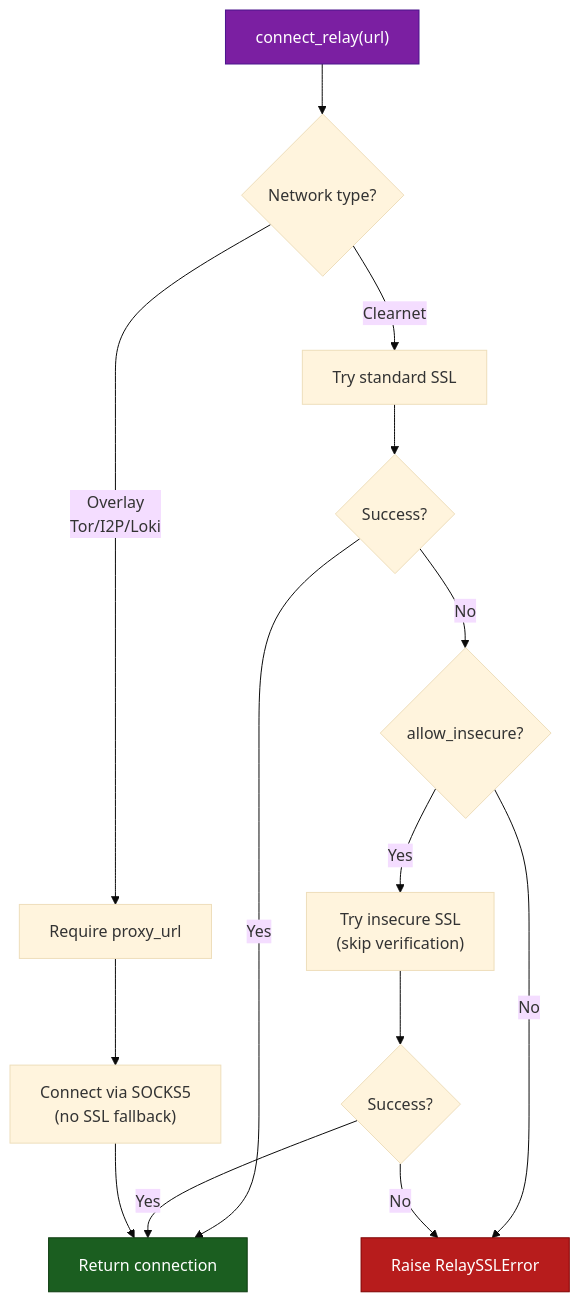
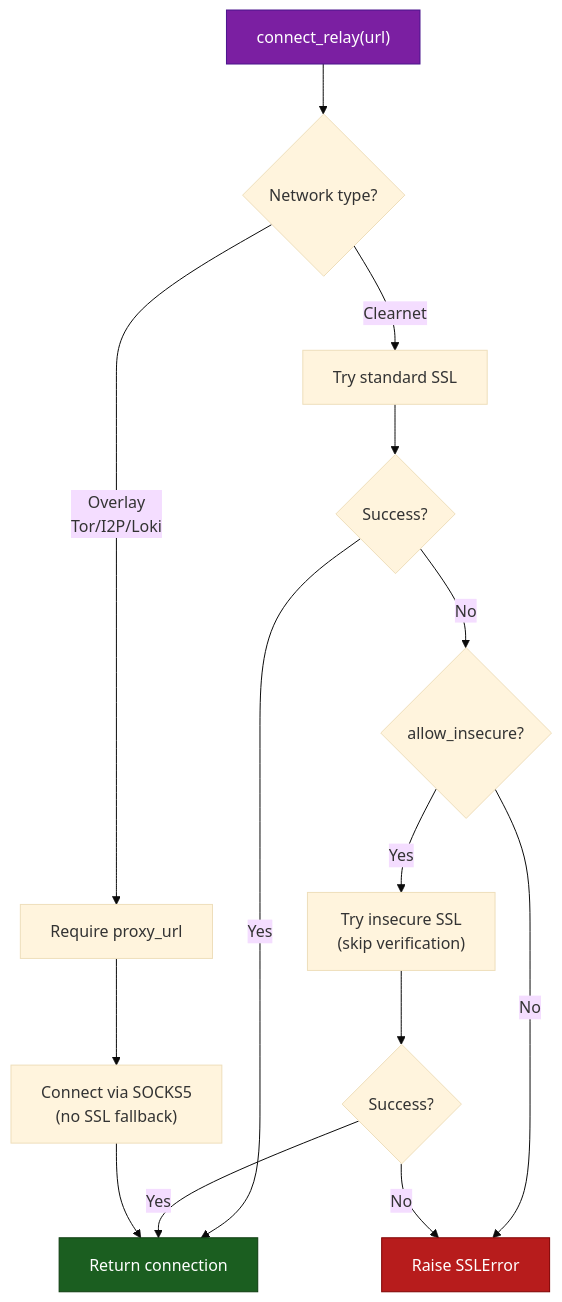
Before and after one commit to BigBrotr/bigbrotr: the fourth of 7 diagrams in docs/user-guide/architecture.md, drawn with Mermaid (base theme). The commit also changed other lines of this file and 31 other files, not shown here.

````diff
--- a/docs/user-guide/architecture.md
+++ b/docs/user-guide/architecture.md
@@ -386,20 +388,20 @@
 ```mermaid
 flowchart TD
     A["connect_relay(url)"] --> B{Network type?}
     B -->|Clearnet| C["Try standard SSL"]
     B -->|Overlay<br/>Tor/I2P/Loki| G["Require proxy_url"]
     C --> D{Success?}
     D -->|Yes| E["Return connection"]
     D -->|No| F{allow_insecure?}
     F -->|Yes| H["Try insecure SSL<br/>(skip verification)"]
-    F -->|No| I["Raise RelaySSLError"]
+    F -->|No| I["Raise SSLError"]
     H --> J{Success?}
     J -->|Yes| E
     J -->|No| I
     G --> K["Connect via SOCKS5<br/>(no SSL fallback)"]
     K --> E
 
     style A fill:#7B1FA2,color:#fff,stroke:#4A148C
     style E fill:#1B5E20,color:#fff,stroke:#0D3B0F
     style I fill:#B71C1C,color:#fff,stroke:#7F0000
 ```
````
